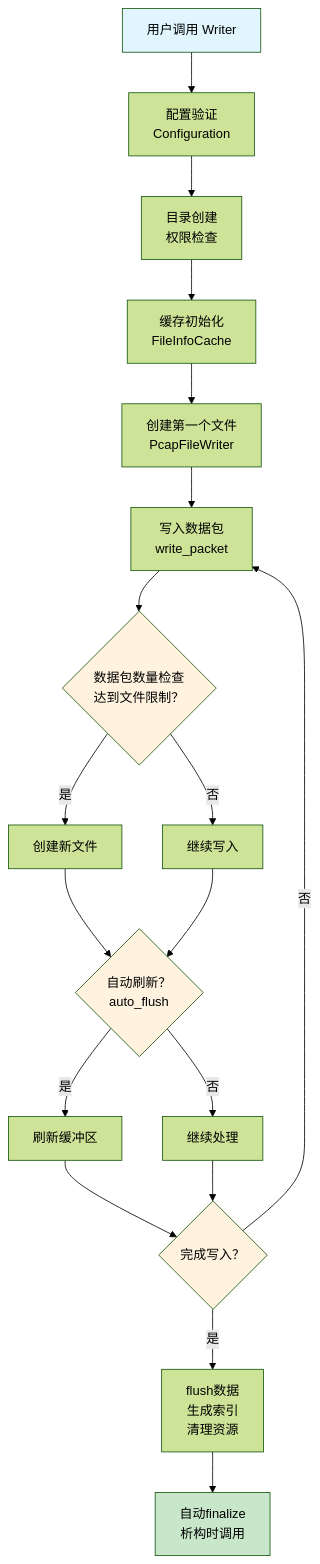
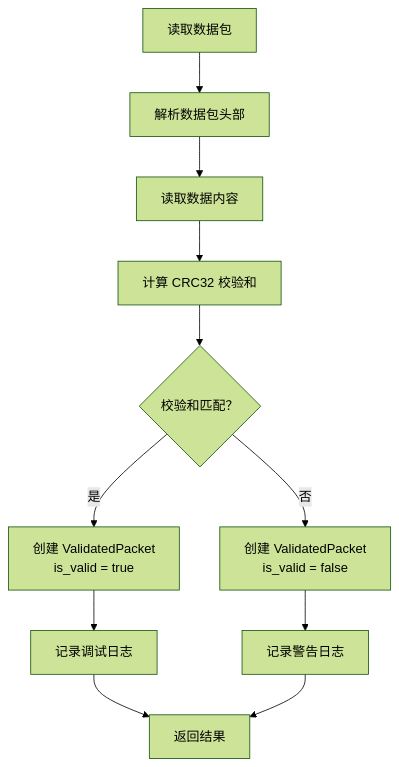
The second of 3 diagrams in docs/INTERNAL_DESIGN.md (Zoranner/pcapfile-io), drawn with Mermaid (forest theme) before and after one commit. The commit also changed other lines of this file and 8 other files, not shown here.

````diff
--- a/docs/INTERNAL_DESIGN.md
+++ b/docs/INTERNAL_DESIGN.md
@@ -121,26 +170,13 @@
 ```mermaid
 flowchart TD
-    A[用户调用 Writer] --> B[配置验证<br/>Configuration]
-    B --> C[目录创建<br/>权限检查]
-    C --> D[缓存初始化<br/>FileInfoCache]
-    D --> E[创建第一个文件<br/>PcapFileWriter]
-    E --> F[写入数据包<br/>write_packet]
-    F --> G{数据包数量检查<br/>达到文件限制？}
-    G -->|是| H[创建新文件]
-    G -->|否| I[继续写入]
-    H --> J{自动刷新？<br/>auto_flush}
+    A[读取数据包] --> B[解析数据包头部]
+    B --> C[读取数据内容]
+    C --> D[计算 CRC32 校验和]
+    D --> E{校验和匹配？}
+    E -->|是| F[创建 ValidatedPacket<br/>is_valid = true]
+    E -->|否| G[创建 ValidatedPacket<br/>is_valid = false]
+    F --> H[记录调试日志]
+    G --> I[记录警告日志]
+    H --> J[返回结果]
     I --> J
-    J -->|是| K[刷新缓冲区]
-    J -->|否| L[继续处理]
-    K --> M{完成写入？}
-    L --> M
-    M -->|是| N[flush数据<br/>生成索引<br/>清理资源]
-    M -->|否| F
-    N --> O[自动finalize<br/>析构时调用]
-    
-    style A fill:#e1f5fe
-    style O fill:#c8e6c9
-    style G fill:#fff3e0
-    style J fill:#fff3e0
-    style M fill:#fff3e0
 ```
````
